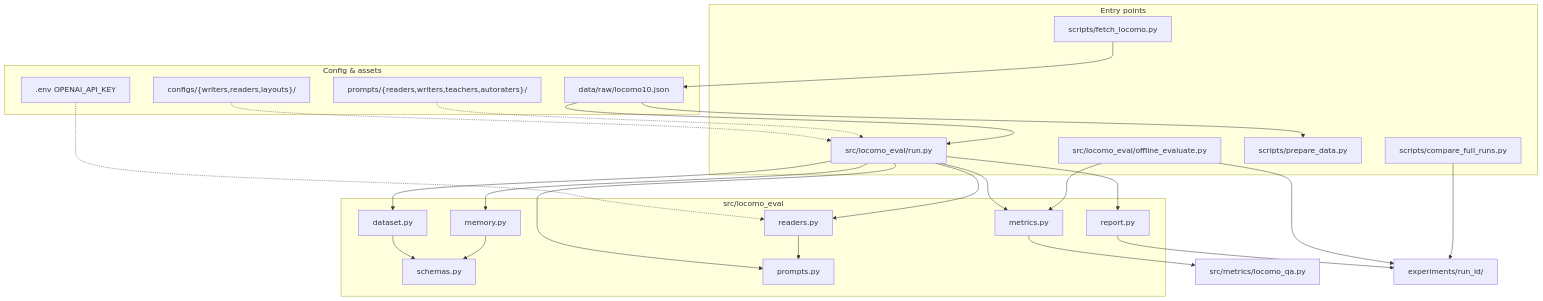
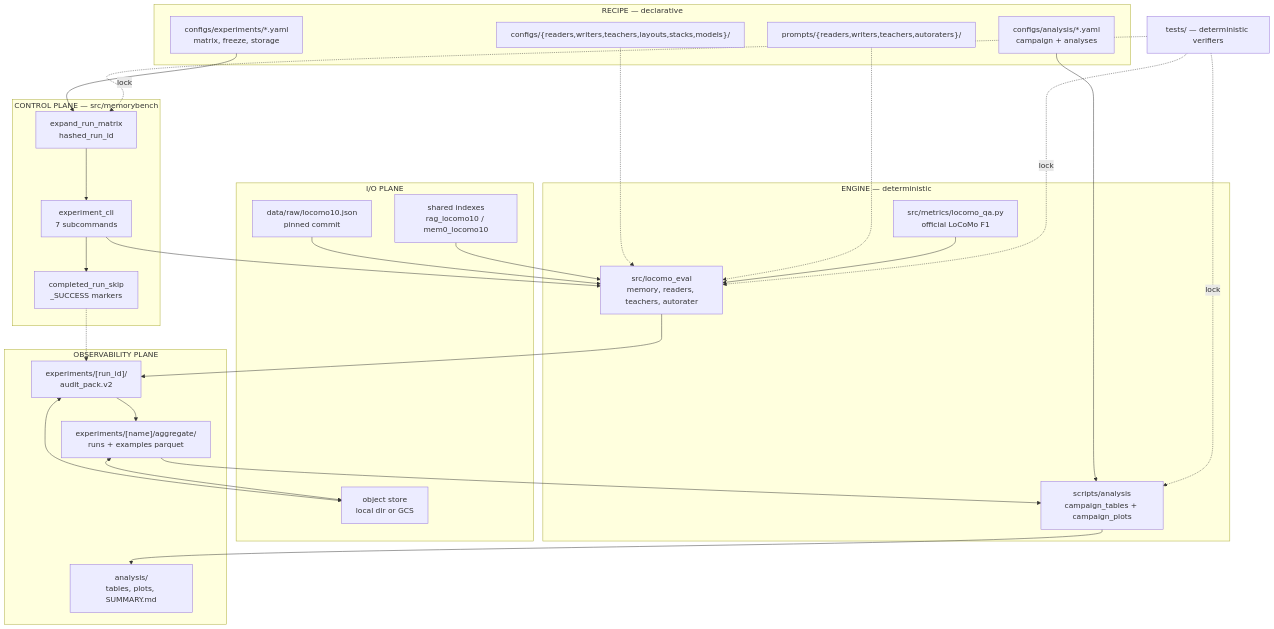
Before and after one commit to park-jsdev/long-term-memory-eval: the first of 12 diagrams in README.md, drawn with Mermaid. The commit also changed other lines of this file and 127 other files, not shown here.

Commit message:
documentation, experimentation architecture, model family comparison configs, analysis

````diff
--- a/README.md
+++ b/README.md
@@ -15,52 +55,53 @@
 ```mermaid
 flowchart TB
-  subgraph Config["Config & assets"]
-    YAML["configs/{writers,readers,layouts}/"]
-    PROMPT["prompts/{readers,writers,teachers,autoraters}/"]
-    ENV[".env OPENAI_API_KEY"]
-    DATA["data/raw/locomo10.json"]
+  subgraph RECIPE["RECIPE — declarative"]
+    XC["configs/experiments/*.yaml<br/>matrix, freeze, storage"]
+    AC["configs/analysis/*.yaml<br/>campaign + analyses"]
+    CC["configs/{readers,writers,teachers,layouts,stacks,models}/"]
+    PR["prompts/{readers,writers,teachers,autoraters}/"]
   end
 
-  subgraph CLI["Entry points"]
-    RUN["src/locomo_eval/run.py"]
-    EVAL["src/locomo_eval/offline_evaluate.py"]
-    PREP["scripts/prepare_data.py"]
-    CMP["scripts/compare_full_runs.py"]
-    FETCH["scripts/fetch_locomo.py"]
+  subgraph CONTROL["CONTROL PLANE — src/memorybench"]
+    EXP["expand_run_matrix<br/>hashed_run_id"]
+    CLI["experiment_cli<br/>7 subcommands"]
+    SKIP["completed_run_skip<br/>_SUCCESS markers"]
   end
 
-  subgraph Core["src/locomo_eval"]
-    DS["dataset.py"]
-    SCH["schemas.py"]
-    MEM["memory.py"]
-    PR["prompts.py"]
-    RD["readers.py"]
-    MET["metrics.py"]
-    REP["report.py"]
+  subgraph ENGINE["ENGINE — deterministic"]
+    LE["src/locomo_eval<br/>memory, readers, teachers, autorater"]
+    MET["src/metrics/locomo_qa.py<br/>official LoCoMo F1"]
+    AN["scripts/analysis<br/>campaign_tables + campaign_plots"]
   end
 
-  LOCOMO["src/metrics/locomo_qa.py"]
-  OUT["experiments/run_id/"]
+  subgraph DATA["I/O PLANE"]
+    DS["data/raw/locomo10.json<br/>pinned commit"]
+    IX["shared indexes<br/>rag_locomo10 / mem0_locomo10"]
+    ST["object store<br/>local dir or GCS"]
+  end
 
-  FETCH --> DATA
-  YAML -.-> RUN
-  PROMPT -.-> RUN
-  ENV -.-> RD
-  DATA --> RUN
-  DATA --> PREP
+  subgraph AUDIT["OBSERVABILITY PLANE"]
+    PACK["experiments/[run_id]/<br/>audit_pack.v2"]
+    AGG["experiments/[name]/aggregate/<br/>runs + examples parquet"]
+    REP["analysis/<br/>tables, plots, SUMMARY.md"]
+  end
 
-  RUN --> DS
-  RUN --> MEM
-  RUN --> PR
-  RUN --> RD
-  RUN --> MET
-  RUN --> REP
-  DS --> SCH
-  MEM --> SCH
-  RD --> PR
-  MET --> LOCOMO
-  REP --> OUT
-  EVAL --> MET
-  EVAL --> OUT
-  CMP --> OUT
+  TESTS["tests/ — deterministic verifiers"]
+
+  XC --> EXP --> CLI
+  AC --> AN
+  CC -.-> LE
+  PR -.-> LE
+  DS --> LE
+  IX --> LE
+  CLI --> LE
+  CLI --> SKIP
+  SKIP -.-> PACK
+  LE --> PACK
+  MET --> LE
+  PACK --> AGG --> AN --> REP
+  PACK <--> ST
+  AGG <--> ST
+  TESTS -.->|lock| EXP
+  TESTS -.->|lock| LE
+  TESTS -.->|lock| AN
 ```
````
